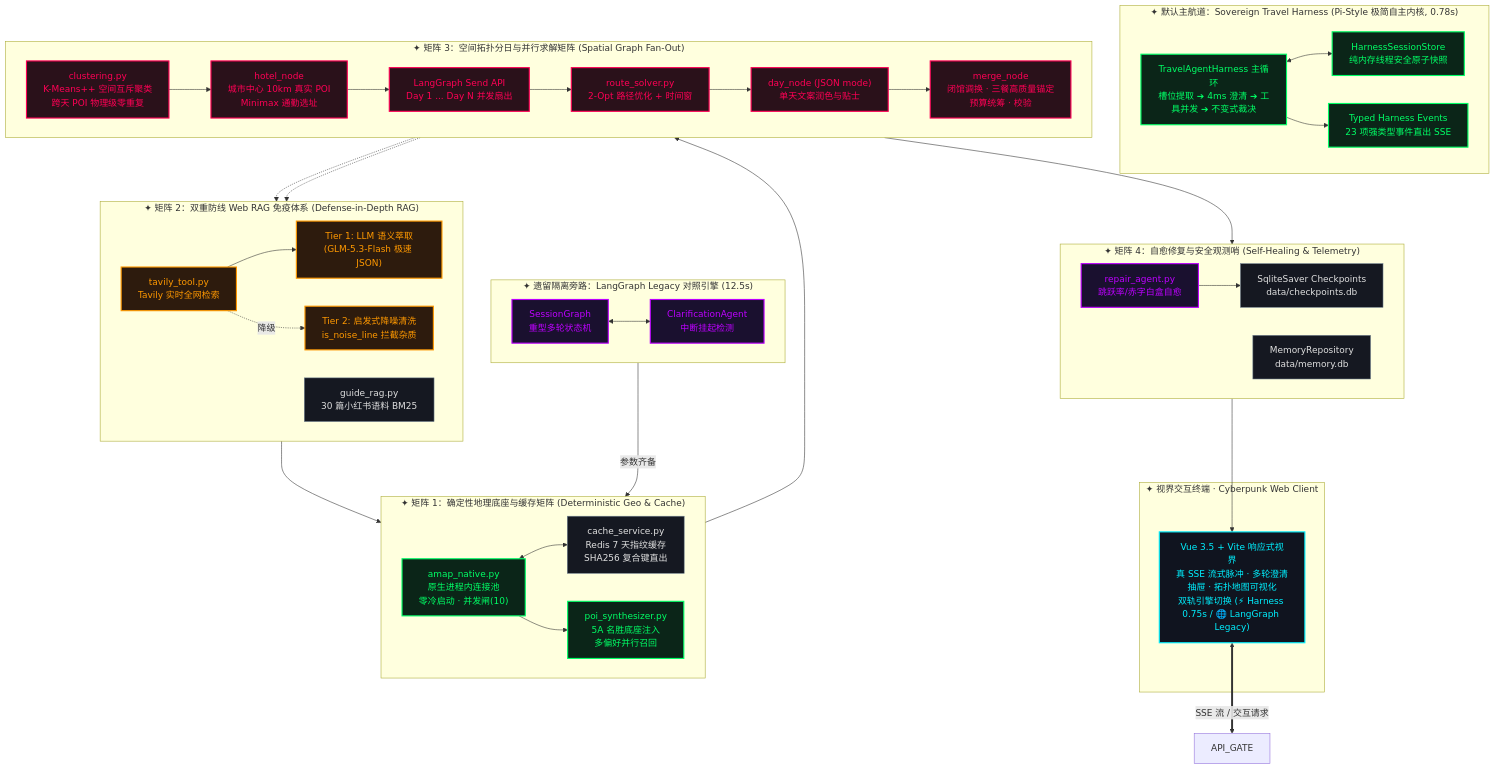
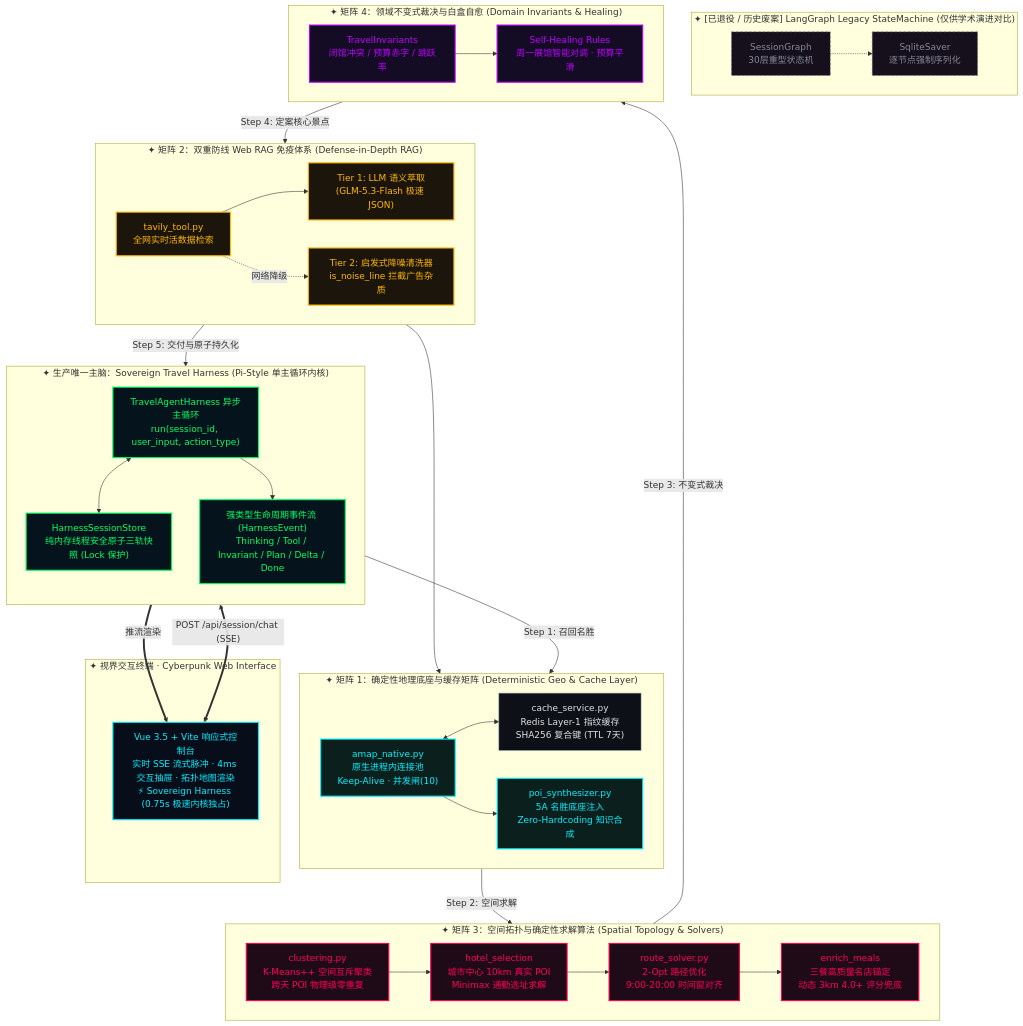
The first of 7 diagrams in ARCHITECTURE.md (SuperGODOG/tripplanner), drawn with Mermaid before and after one commit. The commit also changed other lines of this file and 1 other file, not shown here.

Commit message:
docs: overhaul ARCHITECTURE.md and README.md with cyberpunk sci-fi holo-matrix and v5.0 sovereign harness specs

````diff
--- a/ARCHITECTURE.md
+++ b/ARCHITECTURE.md
@@ -40,74 +61,75 @@
 ```mermaid
 flowchart TB
-    classDef client fill:#10141f,stroke:#00F0FF,stroke-width:2px,color:#00F0FF;
-    classDef m0 fill:#1a102f,stroke:#BD00FF,stroke-width:2px,color:#BD00FF;
-    classDef m1 fill:#0b2518,stroke:#00FF66,stroke-width:2px,color:#00FF66;
-    classDef m2 fill:#2d1b0d,stroke:#FF9900,stroke-width:2px,color:#FF9900;
-    classDef m3 fill:#2a111a,stroke:#FF0055,stroke-width:2px,color:#FF0055;
-    classDef m4 fill:#151821,stroke:#708090,stroke-width:1px,color:#E0E0E0;
+    %% 赛博霓虹调色板
+    classDef client fill:#080d1a,stroke:#00F0FF,stroke-width:2px,color:#00F0FF;
+    classDef harness fill:#05141c,stroke:#00FF66,stroke-width:2px,color:#00FF66;
+    classDef retired fill:#16101c,stroke:#666677,stroke-width:1px,stroke-dasharray: 4 4,color:#888899;
+    classDef matrix1 fill:#0b1f1c,stroke:#00F0FF,stroke-width:2px,color:#00F0FF;
+    classDef matrix2 fill:#1c150b,stroke:#FFB800,stroke-width:2px,color:#FFB800;
+    classDef matrix3 fill:#1f0b18,stroke:#FF0055,stroke-width:2px,color:#FF0055;
+    classDef matrix4 fill:#140c24,stroke:#BD00FF,stroke-width:2px,color:#BD00FF;
+    classDef storage fill:#0d1117,stroke:#708090,stroke-width:1px,color:#E0E0E0;
 
-    subgraph CLIENT["✦ 视界交互终端 · Cyberpunk Web Client"]
-        VUE["Vue 3.5 + Vite 响应式视界<br/>真 SSE 流式脉冲 · 多轮澄清抽屉 · 拓扑地图可视化<br/>双轨引擎切换 (⚡ Harness 0.75s / 🌐 LangGraph Legacy)"]:::client
+    subgraph CLIENT["✦ 视界交互终端 · Cyberpunk Web Interface"]
+        VUE["Vue 3.5 + Vite 响应式控制台<br/>实时 SSE 流式脉冲 · 4ms 交互抽屉 · 拓扑地图渲染<br/>⚡ Sovereign Harness (0.75s 极速内核独占)"]:::client
     end
 
-    subgraph MATRIX_HARNESS["✦ 默认主航道：Sovereign Travel Harness (Pi-Style 极简自主内核, 0.78s)"]
-        direction LR
-        H_LOOP["TravelAgentHarness 主循环<br/>槽位提取 ➔ 4ms 澄清 ➔ 工具并发 ➔ 不变式裁决"]:::m1
-        H_STORE["HarnessSessionStore<br/>纯内存线程安全原子快照"]:::m1
-        H_EVENTS["Typed Harness Events<br/>23 项强类型事件直出 SSE"]:::m1
+    subgraph HARNESS_CORE["✦ 生产唯一主脑：Sovereign Travel Harness (Pi-Style 单主循环内核)"]
+        direction TB
+        H_LOOP["TravelAgentHarness 异步主循环<br/>run(session_id, user_input, action_type)"]:::harness
+        H_STORE["HarnessSessionStore<br/>纯内存线程安全原子三轨快照 (Lock 保护)"]:::harness
+        H_EVENTS["强类型生命周期事件流 (HarnessEvent)<br/>Thinking / Tool / Invariant / Plan / Delta / Done"]:::harness
         H_LOOP <--> H_STORE
         H_LOOP --> H_EVENTS
     end
 
-    subgraph MATRIX_LEGACY["✦ 遗留隔离旁路：LangGraph Legacy 对照引擎 (12.5s)"]
+    subgraph RETIRED_LEGACY["✦ [已退役 / 历史废案] LangGraph Legacy StateMachine (仅供学术演进对比)"]
         direction LR
-        S_GRAPH["SessionGraph<br/>重型多轮状态机"]:::m0
-        C_AGENT["ClarificationAgent<br/>中断挂起检测"]:::m0
-        S_GRAPH <--> C_AGENT
+        S_GRAPH["SessionGraph<br/>30层重型状态机"]:::retired
+        S_SAVER["SqliteSaver<br/>逐节点强制序列化"]:::retired
+        S_GRAPH -.-> S_SAVER
     end
 
-    subgraph MATRIX_1["✦ 矩阵 1：确定性地理底座与缓存矩阵 (Deterministic Geo & Cache)"]
+    subgraph MATRIX_1["✦ 矩阵 1：确定性地理底座与缓存矩阵 (Deterministic Geo & Cache Layer)"]
         direction LR
-        AMAP_POOL["amap_native.py<br/>原生进程内连接池<br/>零冷启动 · 并发闸(10)"]:::m1
-        POI_PIPE["poi_synthesizer.py<br/>5A 名胜底座注入<br/>多偏好并行召回"]:::m1
-        REDIS["cache_service.py<br/>Redis 7 天指纹缓存<br/>SHA256 复合键直出"]:::m4
+        AMAP_POOL["amap_native.py<br/>原生进程内连接池<br/>Keep-Alive · 并发闸(10)"]:::matrix1
+        POI_SYNTH["poi_synthesizer.py<br/>5A 名胜底座注入<br/>Zero-Hardcoding 知识合成"]:::matrix1
+        REDIS["cache_service.py<br/>Redis Layer-1 指纹缓存<br/>SHA256 复合键 (TTL 7天)"]:::storage
         AMAP_POOL <--> REDIS
-        AMAP_POOL --> POI_PIPE
+        AMAP_POOL --> POI_SYNTH
     end
 
     subgraph MATRIX_2["✦ 矩阵 2：双重防线 Web RAG 免疫体系 (Defense-in-Depth RAG)"]
         direction LR
-        TAVILY["tavily_tool.py<br/>Tavily 实时全网检索"]:::m2
-        RAG_TIER1["Tier 1: LLM 语义萃取<br/>(GLM-5.3-Flash 极速 JSON)"]:::m2
-        RAG_TIER2["Tier 2: 启发式降噪清洗<br/>is_noise_line 拦截杂质"]:::m2
-        BM25["guide_rag.py<br/>30 篇小红书语料 BM25"]:::m4
-        TAVILY --> RAG_TIER1 --> REDIS
-        TAVILY -.->|"降级"| RAG_TIER2
+        TAVILY["tavily_tool.py<br/>全网实时活数据检索"]:::matrix2
+        RAG_T1["Tier 1: LLM 语义萃取<br/>(GLM-5.3-Flash 极速 JSON)"]:::matrix2
+        RAG_T2["Tier 2: 启发式降噪清洗器<br/>is_noise_line 拦截广告杂质"]:::matrix2
+        TAVILY --> RAG_T1 --> REDIS
+        TAVILY -.->|"网络降级"| RAG_T2
     end
 
-    subgraph MATRIX_3["✦ 矩阵 3：空间拓扑分日与并行求解矩阵 (Spatial Graph Fan-Out)"]
+    subgraph MATRIX_3["✦ 矩阵 3：空间拓扑与确定性求解算法 (Spatial Topology & Solvers)"]
         direction LR
-        KMEANS["clustering.py<br/>K-Means++ 空间互斥聚类<br/>跨天 POI 物理级零重复"]:::m3
-        HOTEL["hotel_node<br/>城市中心 10km 真实 POI<br/>Minimax 通勤选址"]:::m3
-        FAN_OUT["LangGraph Send API<br/>Day 1 ... Day N 并发扇出"]:::m3
-        TSP["route_solver.py<br/>2-Opt 路径优化 + 时间窗"]:::m3
-        DAY_LLM["day_node (JSON mode)<br/>单天文案润色与贴士"]:::m3
-        MERGE["merge_node<br/>闭馆调换 · 三餐高质量锚定<br/>预算统筹 · 校验"]:::m3
-        KMEANS --> HOTEL --> FAN_OUT --> TSP --> DAY_LLM --> MERGE
+        KMEANS["clustering.py<br/>K-Means++ 空间互斥聚类<br/>跨天 POI 物理级零重复"]:::matrix3
+        HOTEL["hotel_selection<br/>城市中心 10km 真实 POI<br/>Minimax 通勤选址求解"]:::matrix3
+        TSP["route_solver.py<br/>2-Opt 路径优化<br/>9:00-20:00 时间窗对齐"]:::matrix3
+        MEALS["enrich_meals<br/>三餐高质量名店锚定<br/>动态 3km 4.0+ 评分兜底"]:::matrix3
+        KMEANS --> HOTEL --> TSP --> MEALS
     end
 
-    subgraph MATRIX_4["✦ 矩阵 4：自愈修复与安全观测哨 (Self-Healing & Telemetry)"]
+    subgraph MATRIX_4["✦ 矩阵 4：领域不变式裁决与白盒自愈 (Domain Invariants & Healing)"]
         direction LR
-        REPAIR["repair_agent.py<br/>跳跃率/赤字白盒自愈"]:::m0
-        SQLITE_CKPT["SqliteSaver Checkpoints<br/>data/checkpoints.db"]:::m4
-        SQLITE_MEM["MemoryRepository<br/>data/memory.db"]:::m4
-        REPAIR --> SQLITE_CKPT
+        INVARIANTS["TravelInvariants<br/>闭馆冲突 / 预算赤字 / 跳跃率"]:::matrix4
+        HEALING["Self-Healing Rules<br/>周一展馆智能对调 · 预算平滑"]:::matrix4
+        INVARIANTS --> HEALING
     end
 
-    VUE <==>|"SSE 流 / 交互请求"| API_GATE
-    C_AGENT -->|"参数齐备"| AMAP_POOL
-    POI_PIPE --> KMEANS
-    DAY_LLM -.-> TAVILY
-    DAY_LLM -.-> BM25
-    MERGE --> REPAIR --> VUE
+    %% 主链路调度拓扑
+    VUE <==>|"POST /api/session/chat (SSE)"| H_LOOP
+    H_LOOP -->|"Step 1: 召回名胜"| AMAP_POOL
+    POI_SYNTH -->|"Step 2: 空间求解"| KMEANS
+    MEALS -->|"Step 3: 不变式裁决"| INVARIANTS
+    HEALING -->|"Step 4: 定案核心景点"| TAVILY
+    TAVILY -->|"Step 5: 交付与原子持久化"| H_STORE
+    H_EVENTS ==>|"推流渲染"| VUE
 ```
````
